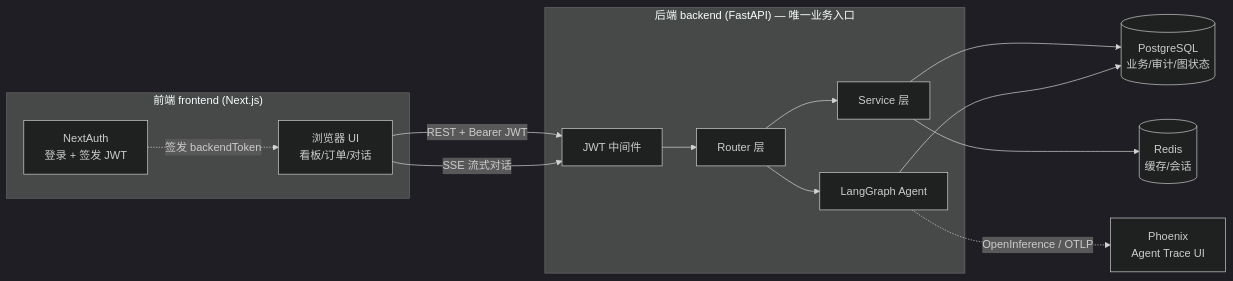
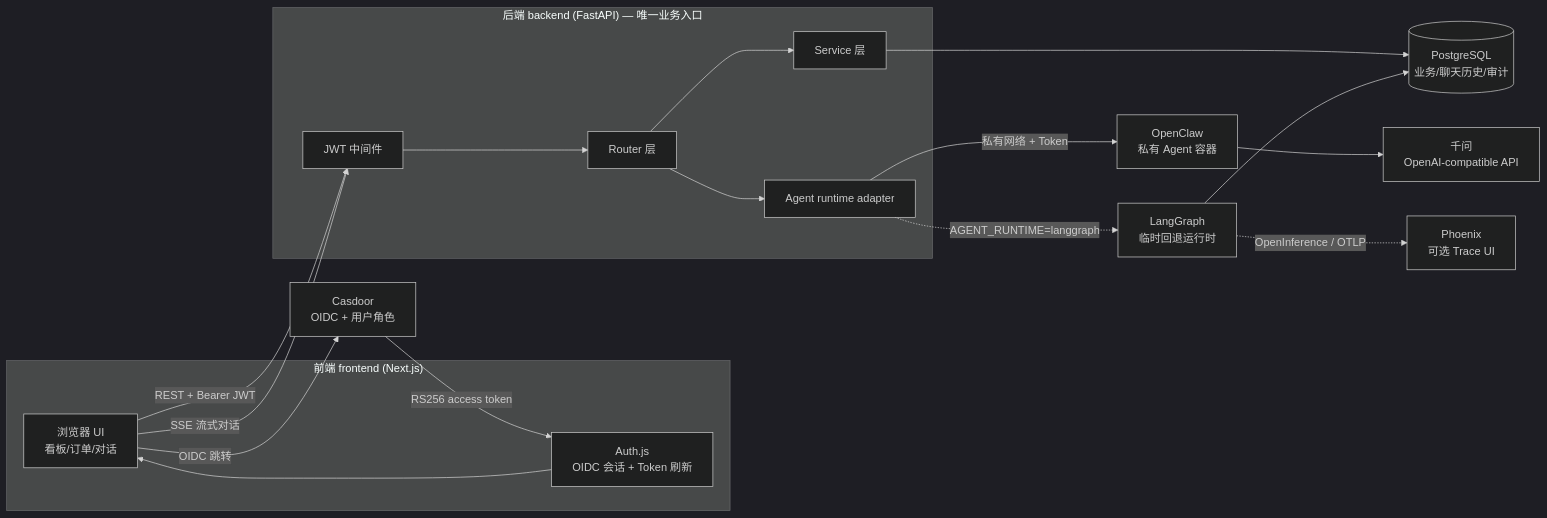
The diagram in README.md (yiqunsu/ZM-OS), drawn with Mermaid (dark theme) before and after one commit. The commit also changed other lines of this file and 267 other files, not shown here.

````diff
--- a/README.md
+++ b/README.md
@@ -13,24 +13,28 @@
 ``` mermaid
 flowchart LR
     subgraph FE["前端 frontend (Next.js)"]
         UI["浏览器 UI<br/>看板/订单/对话"]
-        NA["NextAuth<br/>登录 + 签发 JWT"]
+        NA["Auth.js<br/>OIDC 会话 + Token 刷新"]
     end
     subgraph BE["后端 backend (FastAPI) — 唯一业务入口"]
         MW["JWT 中间件"]
         R["Router 层"]
         S["Service 层"]
-        AG["LangGraph Agent"]
+        AR["Agent runtime adapter"]
     end
-    PG[("PostgreSQL<br/>业务/审计/图状态")]
-    RD[("Redis<br/>缓存/会话")]
-    PX["Phoenix<br/>Agent Trace UI"]
+    OC["OpenClaw<br/>私有 Agent 容器"]
+    CD["Casdoor<br/>OIDC + 用户角色"]
+    PG[("PostgreSQL<br/>业务/聊天历史/审计")]
+    QW["千问<br/>OpenAI-compatible API"]
+    LG["LangGraph<br/>临时回退运行时"]
+    PX["Phoenix<br/>可选 Trace UI"]
 
     UI -->|"REST + Bearer JWT"| MW
     UI -->|"SSE 流式对话"| MW
-    NA -.->|签发 backendToken| UI
+    UI -->|OIDC 跳转| CD
+    CD -->|RS256 access token| NA --> UI
     MW --> R --> S --> PG
-    R --> AG --> PG
-    S --> RD
-    AG -.->|"OpenInference / OTLP"| PX
+    R --> AR -->|"私有网络 + Token"| OC --> QW
+    AR -.->|"AGENT_RUNTIME=langgraph"| LG --> PG
+    LG -.->|"OpenInference / OTLP"| PX
 ```
````
